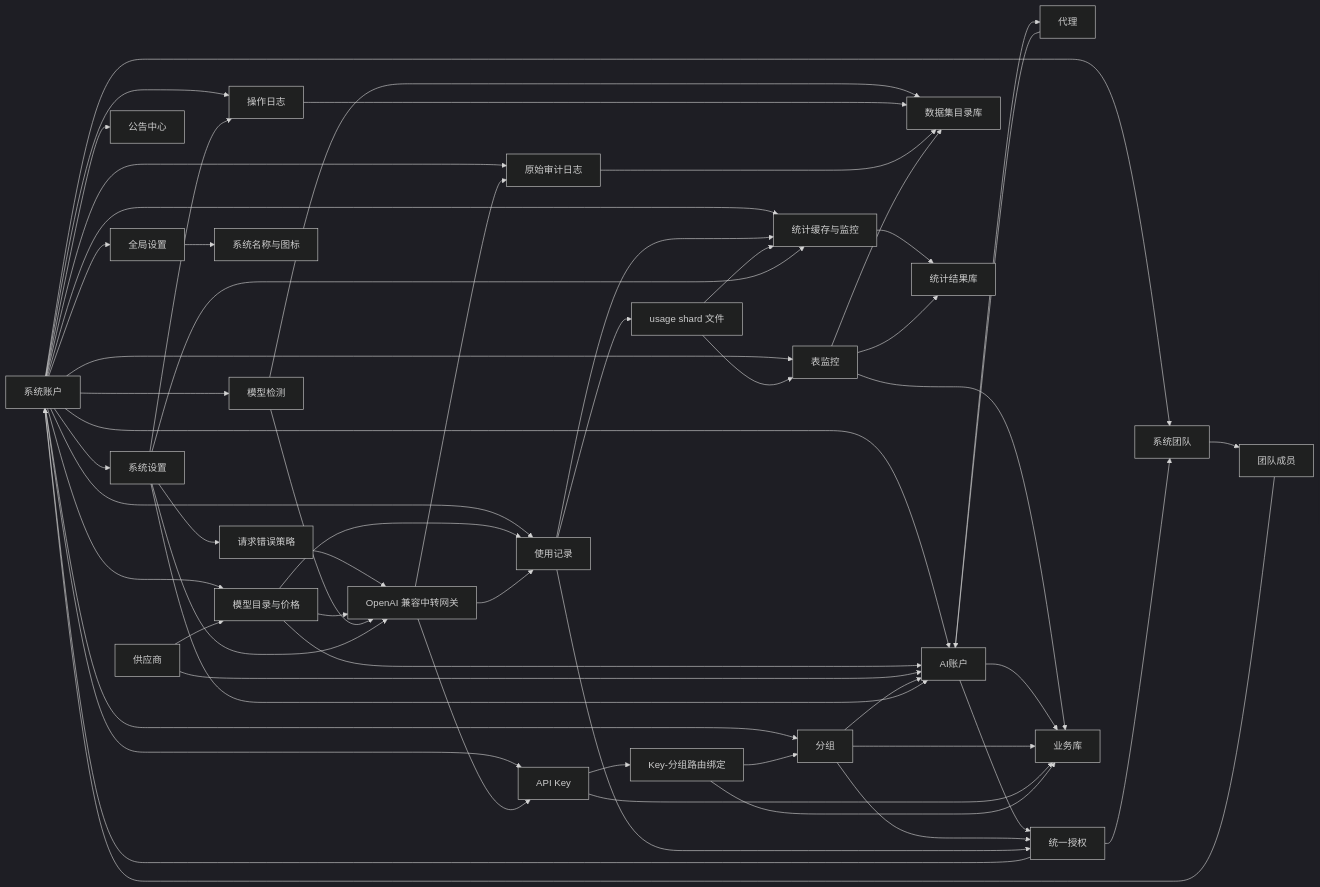
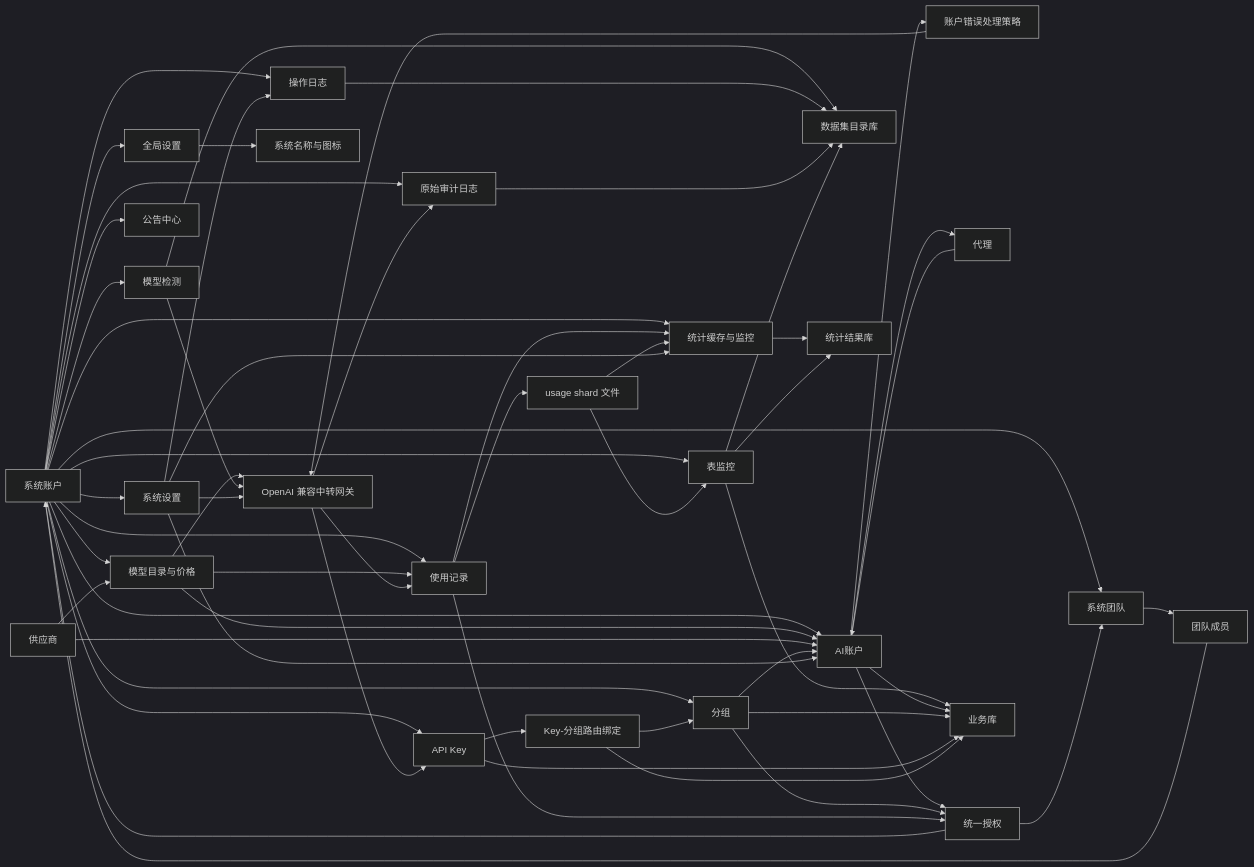
The diagram in docs/architecture/架构总览.md (huanmin123/juhe-ai), drawn with Mermaid (dark theme) before and after one commit. The commit also changed other lines of this file and 92 other files, not shown here.

````diff
--- a/docs/architecture/架构总览.md
+++ b/docs/architecture/架构总览.md
@@ -92,61 +92,61 @@
 ```mermaid
 flowchart LR
   SystemAccount["系统账户"] --> GlobalSettings["全局设置"]
   SystemAccount --> SystemSettings["系统设置"]
   SystemAccount --> SystemTeam["系统团队"]
   SystemTeam --> TeamMember["团队成员"]
   TeamMember --> SystemAccount
   SystemAccount --> AIAccount["AI账户"]
   SystemAccount --> Group["分组"]
   SystemAccount --> APIKey["API Key"]
   SystemAccount --> ModelCheck["模型检测"]
   SystemAccount --> Usage["使用记录"]
   SystemAccount --> OperationLog["操作日志"]
   SystemAccount --> AuditLog["原始审计日志"]
   SystemAccount --> Stats["统计缓存与监控"]
   SystemAccount --> TableMonitor["表监控"]
   SystemAccount --> Announcement["公告中心"]
   SystemAccount --> ModelCatalog["模型目录与价格"]
-  SystemSettings --> ErrorPolicy["请求错误策略"]
-  ErrorPolicy --> Gateway
+  AIAccount --> AccountErrorPolicy["账户错误处理策略"]
+  AccountErrorPolicy --> Gateway
   GlobalSettings --> AppBrand["系统名称与图标"]
   Provider["供应商"] --> ModelCatalog
   ModelCatalog --> AIAccount
   ModelCatalog --> Gateway
   ModelCatalog --> Usage
   Provider["供应商"] --> AIAccount
   Proxy["代理"] --> AIAccount
   AIAccount --> Proxy
   AIAccount --> ResourceAuthorization["统一授权"]
   Group --> ResourceAuthorization
   ResourceAuthorization --> SystemAccount
   ResourceAuthorization --> SystemTeam
   Group --> AIAccount
   APIKey --> APIKeyGroupBinding["Key-分组路由绑定"]
   APIKeyGroupBinding --> Group
   ModelCheck --> Gateway
   ModelCheck --> DatasetStore
   Gateway["OpenAI 兼容中转网关"] --> APIKey
   Gateway --> Usage["使用记录"]
   Gateway --> AuditLog
   Usage --> ResourceAuthorization
   Usage --> Stats["统计缓存与监控"]
   Usage --> UsageShard["usage shard 文件"]
   UsageShard --> Stats
   UsageShard --> TableMonitor
   DatasetStore["数据集目录库"]
   OperationLog --> DatasetStore
   AuditLog --> DatasetStore
   Stats --> StatsStore["统计结果库"]
   TableMonitor --> StatsStore
   TableMonitor --> BusinessStore
   TableMonitor --> DatasetStore
   AIAccount --> BusinessStore["业务库"]
   Group --> BusinessStore
   APIKey --> BusinessStore
   APIKeyGroupBinding --> BusinessStore
   SystemSettings --> Gateway
   SystemSettings --> OperationLog
   SystemSettings --> AIAccount
   SystemSettings --> Stats
 ```
````
